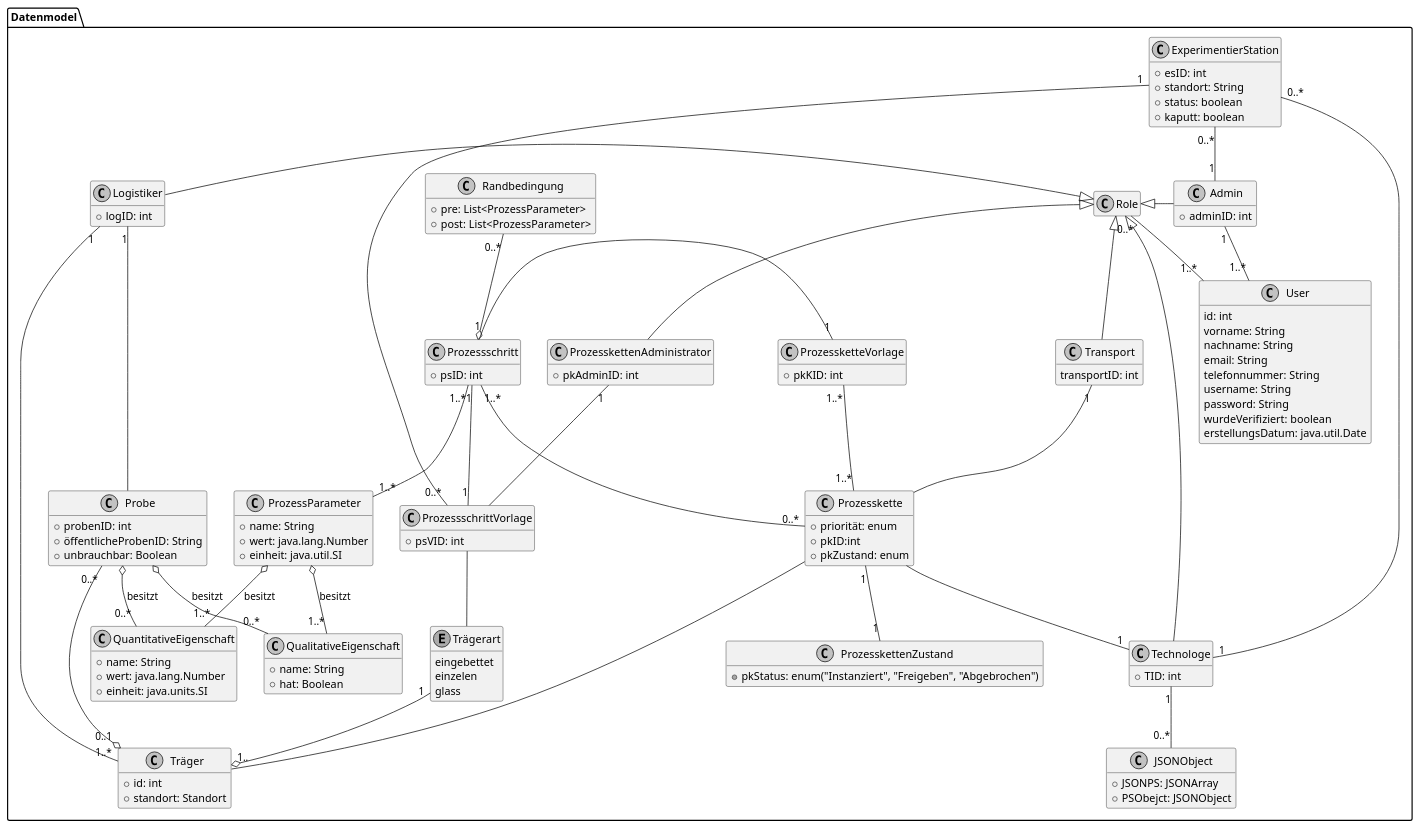
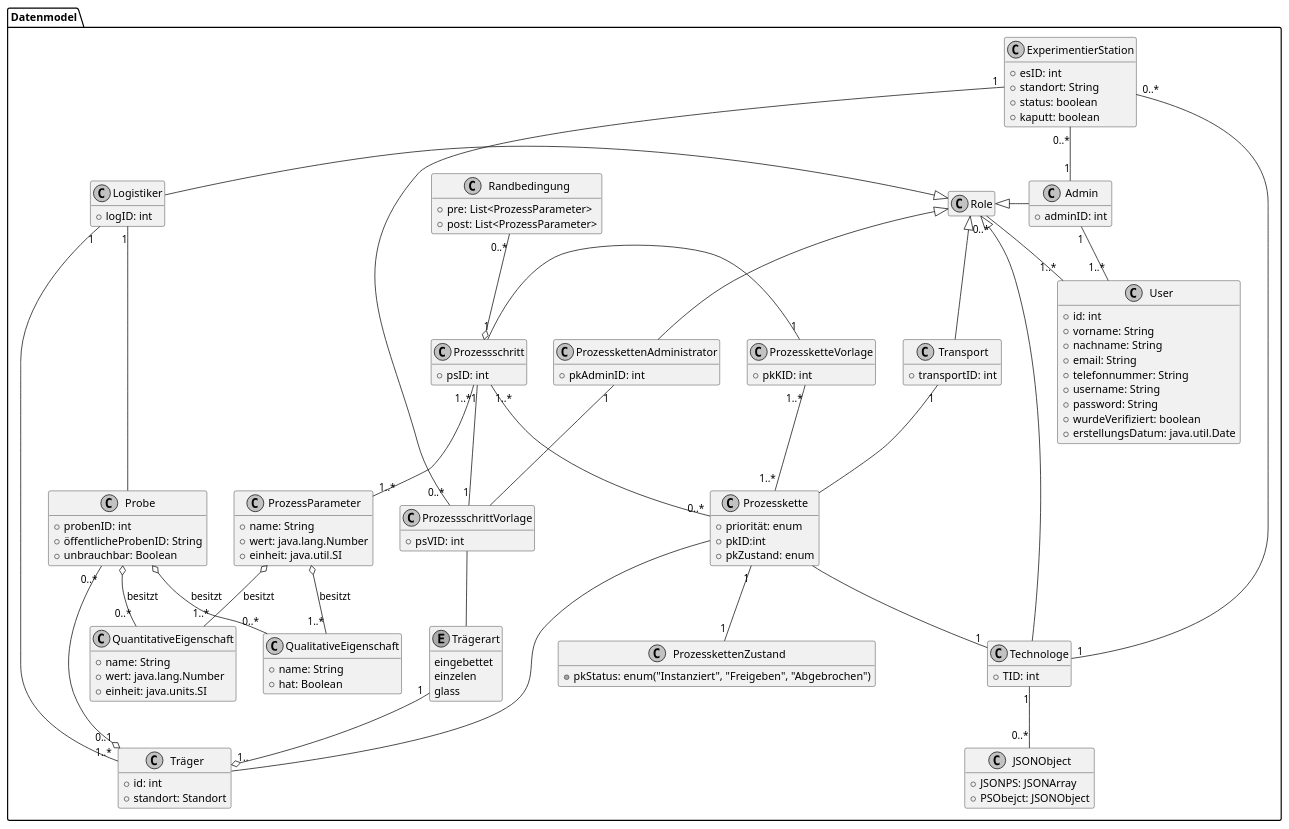
One commit to fkehlenb/softwareprojekt-2 changed the eighth of 8 diagrams in doc/UML/plantuml.org. Above: the diagram before and after it, drawn with PlantUML. The commit also changed 2 other files, not shown here.

Commit message:
added Auftrag

```diff
--- a/doc/UML/plantuml.org
+++ b/doc/UML/plantuml.org
@@ -138,157 +138,161 @@
 hide empty members
 
 package Datenmodel {
-class Role {
+  class Role {
+  }
+
+  class Logistiker {
+  +logID: int
+  }
+
+  class User {
+    +id: int
+    +vorname: String
+    +nachname: String
+    +email: String
+    +telefonnummer: String
+    +username: String
+    +password: String
+    +wurdeVerifiziert: boolean
+    +erstellungsDatum: java.util.Date
+  }
+
+  class Admin {
+    +adminID: int
+  }
+
+
+  class "Technologe" as t {
+    +TID: int
+  }
+
+  class "Transport" as transport {
+    +transportID: int
+  }
+
+  class Probe {
+    +probenID: int
+    +öffentlicheProbenID: String
+    +unbrauchbar: Boolean
+  }
+
+  class Träger {
+    +id: int
+    +standort: Standort
+  }
+
+  enum Trägerart {
+    eingebettet
+    einzelen
+    glass
+  }
+
+  class "QualitativeEigenschaft" as qualE {
+    +name: String
+    +hat: Boolean
+  }
+
+  class "QuantitativeEigenschaft" as quantE {
+    +name: String
+    +wert: java.lang.Number
+    +einheit: java.units.SI
+  }
+
+  together {
+    class "Prozessschritt" as ps {
+      +psID: int
+    }
+
+    class "ProzessschrittVorlage" as psV {
+      +psVID: int
+    }
+
+    class "ProzessParameter" as pp {
+      +name: String
+      +wert: java.lang.Number
+      +einheit: java.util.SI
+    }
+  }
+
+  together {
+    class "ProzesskettenAdministrator" as pkAdmin {
+      +pkAdminID: int
+    }
+
+
+    class "Prozesskette" as pk {
+      +priorität: enum
+      +pkID:int
+      +pkZustand: enum
+    }
+
+    class "ProzessketteVorlage" as pkV {
+      +pkKID: int
+    }
+
+    class "ProzesskettenZustand" as pkZ {
+      +pkStatus: enum("Instanziert", "Freigeben", "Abgebrochen")
+    }
+  }
+
+  class "ExperimentierStation" as es {
+    +esID: int
+    +standort: String
+    +status: boolean
+    +kaputt: boolean
+  }
+
+  class "Randbedingung" as rb {
+    +pre: List<ProzessParameter>
+    +post: List<ProzessParameter>
+  }
+
+  class JSONObject {
+    +JSONPS: JSONArray
+    +PSObejct: JSONObject
+  }
+
+  Role <|-left- Logistiker
+  Role "0..*"-left-"1..*" User
+  Role <|-right- Admin
+  Role <|-right- t
+  Role <|-- transport
+
+  Logistiker "1" -- Probe
+  Logistiker "1" -- "1..*" Träger
+  Probe o-- "0..*"quantE : besitzt
+  Probe o-- "0..*"qualE : besitzt
+  Trägerart"1" --o "1.." Träger
+  Probe "0..*"--o "0..1" Träger
+
+  Admin "1" -- "1..*" User
+
+  Role <|-- pkAdmin
+  pkAdmin "1" -- psV
+
+  psV -- Trägerart
+  ps "1"--"1" psV
+  ps "1..*" -- "0..*" pk
+
+  pkV "1" -- "1" ps
+  pkV "1..*" -- "1..*" pk
+
+  pk "1" -- "1" pkZ
+  pk -- Träger
+  pk -- "1" t
+
+  ps "1..*" -- "1..*" pp
+  pp o-- "1..*" qualE: besitzt
+  pp o-- "1..*" quantE: besitzt
+
+  es "0..*" -- "1" Admin
+  es "1" -- "0..*" psV
+  es "0..*" -- "1" t
+
+  transport "1" -- pk
+
+  rb "0..*" --o ps
+
+  t "1" -down- "0..*" JSONObject
 }
-
-class Logistiker {
-+logID: int
-}
-
-class User {
-id: int
-vorname: String
-nachname: String
-email: String
-telefonnummer: String
-username: String
-password: String
-wurdeVerifiziert: boolean
-erstellungsDatum: java.util.Date
-}
-
-class Admin {
-+adminID: int
-}
-
-class "ProzesskettenAdministrator" as pkAdmin {
-+pkAdminID: int
-}
-
-class "Technologe" as t {
-+TID: int
-}
-
-class "Transport" as transport {
-transportID: int
-}
-
-class Probe {
-+probenID: int
-+öffentlicheProbenID: String
-+unbrauchbar: Boolean
-}
-
-class Träger {
-+id: int
-+standort: Standort
-}
-
-enum Trägerart {
-eingebettet
-einzelen
-glass
-}
-
-class "QualitativeEigenschaft" as qualE {
-+name: String
-+hat: Boolean
-}
-
-class "QuantitativeEigenschaft" as quantE {
-+name: String
-+wert: java.lang.Number
-+einheit: java.units.SI
-}
-
-together {
-class "Prozessschritt" as ps {
-+psID: int
-}
-
-class "ProzessschrittVorlage" as psV {
-+psVID: int
-}
-
-class "ProzessParameter" as pp {
-+name: String
-+wert: java.lang.Number
-+einheit: java.util.SI
-}
-}
-
-together {
-class "Prozesskette" as pk {
-+priorität: enum
-+pkID:int
-+pkZustand: enum
-}
-
-class "ProzessketteVorlage" as pkV {
-+pkKID: int
-}
-
-class "ProzesskettenZustand" as pkZ {
-+pkStatus: enum("Instanziert", "Freigeben", "Abgebrochen")
-}
-}
-class "ExperimentierStation" as es {
-+esID: int
-+standort: String
-+status: boolean
-+kaputt: boolean
-}
-
-class "Randbedingung" as rb {
-+pre: List<ProzessParameter>
-+post: List<ProzessParameter>
-}
-
-class JSONObject {
-+JSONPS: JSONArray
-+PSObejct: JSONObject
-}
-
-Role <|-left- Logistiker
-Role "0..*"-left-"1..*" User
-Role <|-right- Admin
-Role <|-right- t
-Role <|-- transport
-
-Logistiker "1" -- Probe
-Logistiker "1" -- "1..*" Träger
-Probe o-- "0..*"quantE : besitzt
-Probe o-- "0..*"qualE : besitzt
-Trägerart"1" --o "1.." Träger
-Probe "0..*"--o "0..1" Träger
-
-Admin "1" -- "1..*" User
-
-Role <|-- pkAdmin
-pkAdmin "1" -- psV
-
-psV -- Trägerart
-ps "1"--"1" psV
-ps "1..*" -- "0..*" pk
-
-pkV "1" -- "1" ps
-pkV "1..*" -- "1..*" pk
-
-pk "1" -- "1" pkZ
-pk -- Träger
-pk -- "1" t
-
-ps "1..*" -- "1..*" pp
-pp o-- "1..*" qualE: besitzt
-pp o-- "1..*" quantE: besitzt
-
-es "0..*" -- "1" Admin
-es "1" -- "0..*" psV
-es "0..*" -- "1" t
-
-transport "1" -- pk
-
-rb "0..*" --o ps
-
-t "1" -down- "0..*" JSONObject
 #+END_SRC
```
